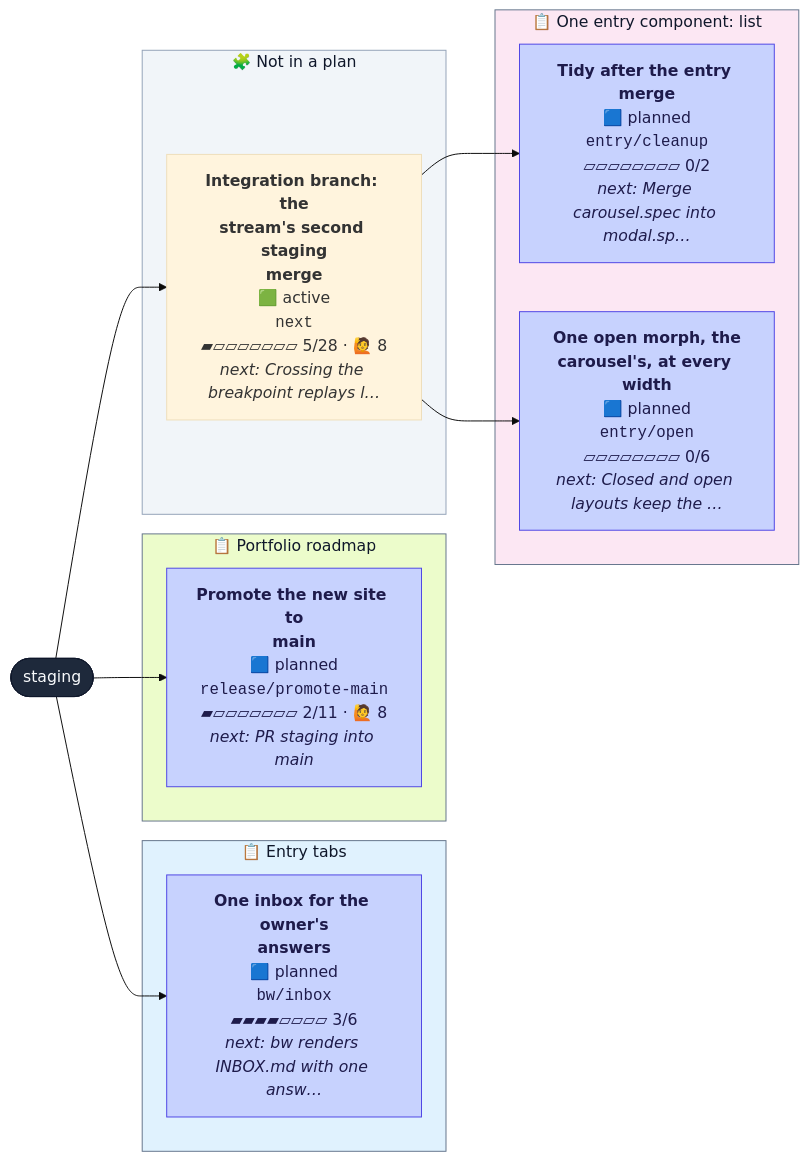
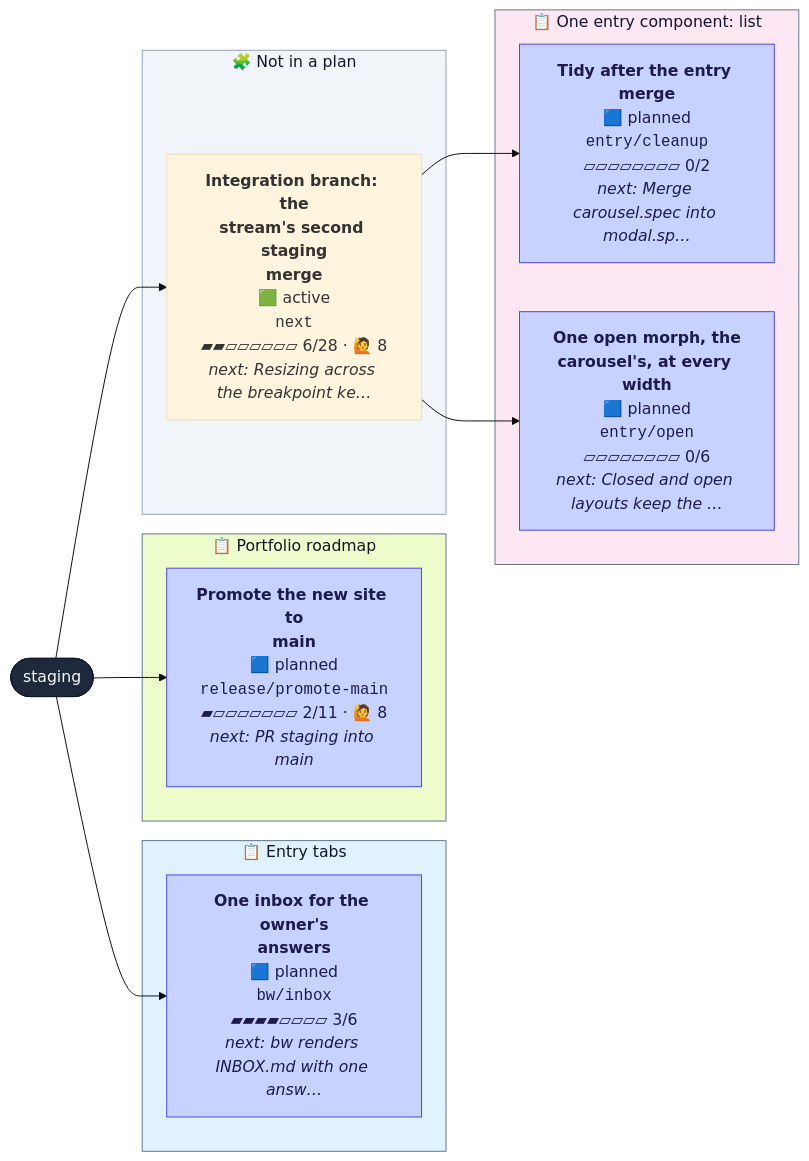
The diagram in CONTRIBUTING.md (henryjonescodes/portfolio), drawn with Mermaid (base theme) before and after one commit. The commit also changed other lines of this file, not shown here.

````diff
--- a/CONTRIBUTING.md
+++ b/CONTRIBUTING.md
@@ -16,38 +16,38 @@
 ```mermaid
 flowchart LR
   n_staging([staging])
   class n_staging trunk
   subgraph plan_0["📋 Entry tabs"]
     n_bw_inbox["<b>One inbox for the owner's<br/>answers</b><br/>🟦 planned<br/><code>bw/inbox</code><br/>▰▰▰▰▱▱▱▱ 3/6<br/><i>next: bw renders INBOX.md with one answ…</i>"]
     class n_bw_inbox planned
   end
   style plan_0 fill:#e0f2fe,stroke:#64748b,color:#0f172a
   subgraph plan_1["📋 One entry component: list"]
     n_entry_cleanup["<b>Tidy after the entry merge</b><br/>🟦 planned<br/><code>entry/cleanup</code><br/>▱▱▱▱▱▱▱▱ 0/2<br/><i>next: Merge carousel.spec into modal.sp…</i>"]
     class n_entry_cleanup planned
     n_entry_open["<b>One open morph, the<br/>carousel's, at every width</b><br/>🟦 planned<br/><code>entry/open</code><br/>▱▱▱▱▱▱▱▱ 0/6<br/><i>next: Closed and open layouts keep the …</i>"]
     class n_entry_open planned
   end
   style plan_1 fill:#fce7f3,stroke:#64748b,color:#0f172a
   subgraph plan_2["📋 Portfolio roadmap"]
     n_release_promote_main["<b>Promote the new site to<br/>main</b><br/>🟦 planned<br/><code>release/promote-main</code><br/>▰▱▱▱▱▱▱▱ 2/11 · 🙋 8<br/><i>next: PR staging into main</i>"]
     class n_release_promote_main planned
   end
   style plan_2 fill:#ecfccb,stroke:#64748b,color:#0f172a
   subgraph loose["🧩 Not in a plan"]
-    n_next["<b>Integration branch: the<br/>stream's second staging<br/>merge</b><br/>🟩 active<br/><code>next</code><br/>▰▱▱▱▱▱▱▱ 5/28 · 🙋 8<br/><i>next: Crossing the breakpoint replays l…</i>"]
+    n_next["<b>Integration branch: the<br/>stream's second staging<br/>merge</b><br/>🟩 active<br/><code>next</code><br/>▰▰▱▱▱▱▱▱ 6/28 · 🙋 8<br/><i>next: Resizing across the breakpoint ke…</i>"]
     class n_next active,current
   end
   style loose fill:#f1f5f9,stroke:#94a3b8,color:#0f172a
   n_staging --> n_bw_inbox
   n_next --> n_entry_cleanup
   n_next --> n_entry_open
   n_staging --> n_next
   n_staging --> n_release_promote_main
   classDef planned fill:#c7d2fe,stroke:#4f46e5,color:#1e1b4b
   classDef active fill:#bbf7d0,stroke:#16a34a,stroke-width:3px,color:#052e16
   classDef review fill:#fde68a,stroke:#d97706,stroke-width:3px,color:#451a03
   classDef blocked fill:#fecaca,stroke:#dc2626,stroke-width:3px,color:#450a0a
   classDef trunk fill:#1e293b,stroke:#0f172a,color:#f8fafc
   classDef current stroke:#0ea5e9,stroke-width:5px
 ```
````
